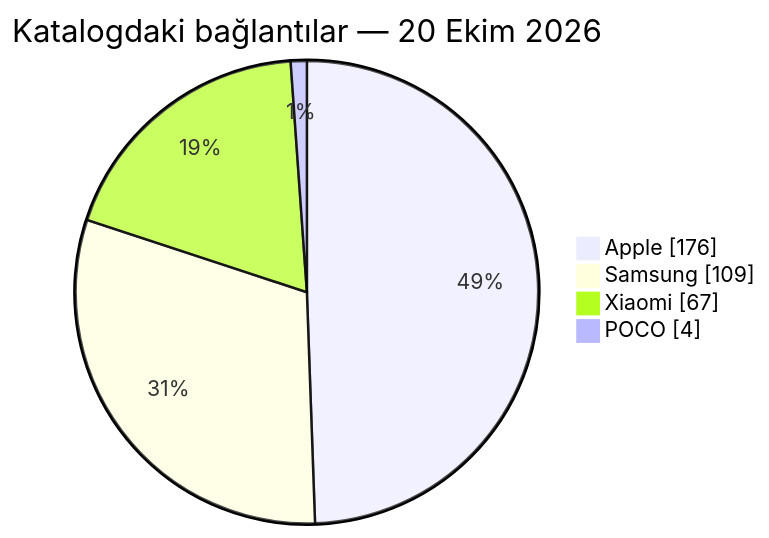
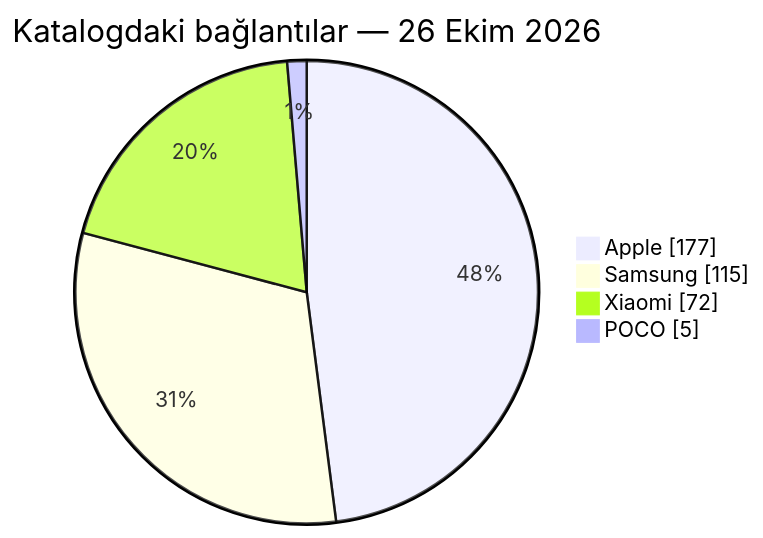
The second of 2 diagrams in README.md (Emir-Ars/Urun-indirim-takip), drawn with Mermaid before and after one commit. The commit also changed other lines of this file and 3 other files, not shown here.

````diff
--- a/README.md
+++ b/README.md
@@ -102,8 +102,8 @@
 ```mermaid
 pie showData
-    title Katalogdaki bağlantılar — 20 Ekim 2026
-    "Apple" : 176
-    "Samsung" : 109
-    "Xiaomi" : 67
-    "POCO" : 4
+    title Katalogdaki bağlantılar — 26 Ekim 2026
+    "Apple" : 177
+    "Samsung" : 115
+    "Xiaomi" : 72
+    "POCO" : 5
 ```
````
